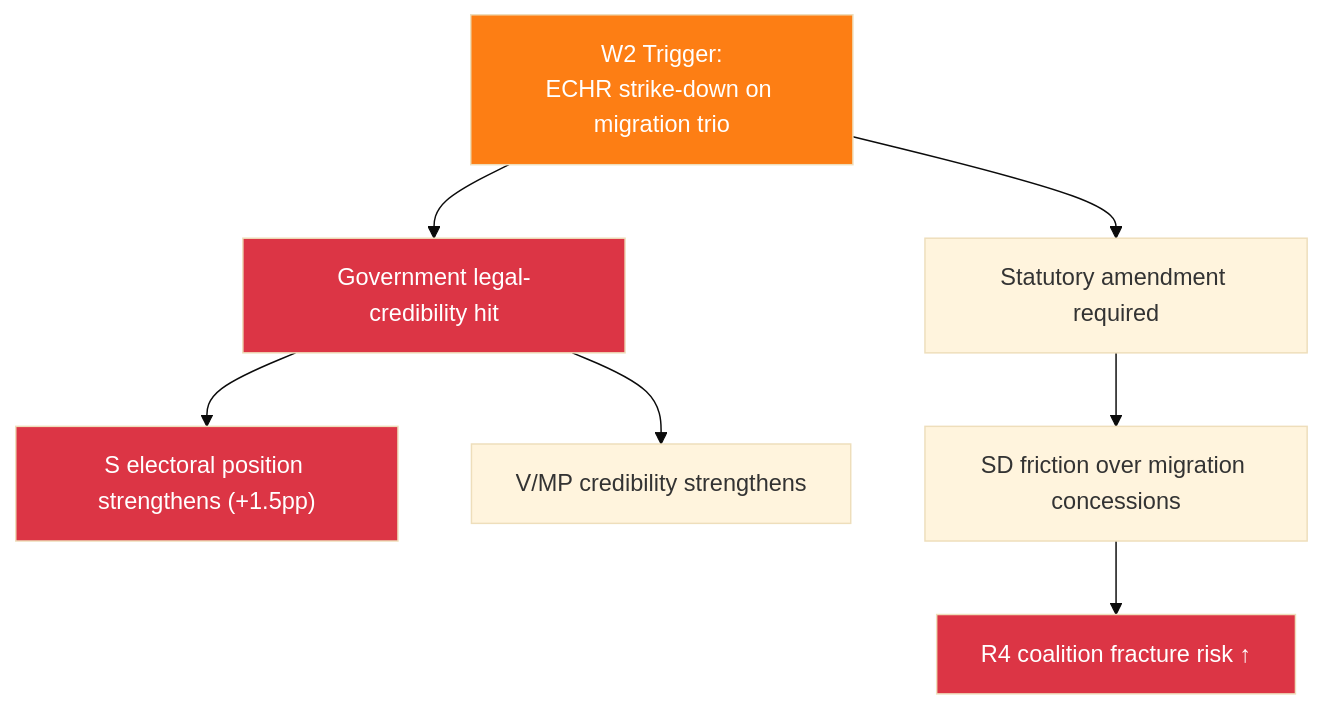
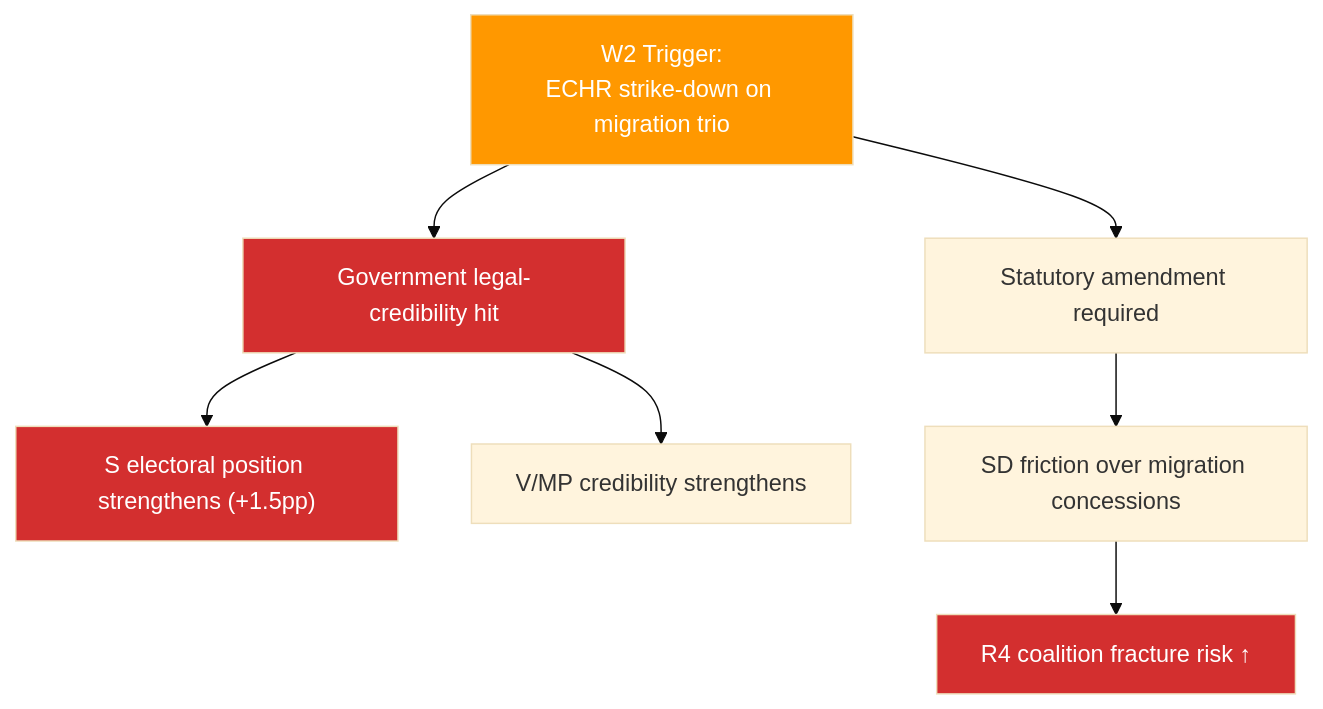
One commit to Hack23/riksdagsmonitor changed the second of 2 diagrams in analysis/daily/2026-04-18/weekly-review/scenario-analysis.md. Above: the diagram before and after it, drawn with Mermaid (base theme). The commit also changed other lines of this file and 785 other files, not shown here.

First line of the commit message:
Normalize mermaid colors across 786 analysis artifacts to ISMS Style Guide palette

````diff
--- a/analysis/daily/2026-04-18/weekly-review/scenario-analysis.md
+++ b/analysis/daily/2026-04-18/weekly-review/scenario-analysis.md
@@ -174,15 +174,15 @@
 ```mermaid
 flowchart TD
     W2["W2 Trigger:<br/>ECHR strike-down on migration trio"]
     W2 --> LEGAL["Government legal-credibility hit"]
     W2 --> AMEND["Statutory amendment required"]
     LEGAL --> S_UP["S electoral position strengthens (+1.5pp)"]
     LEGAL --> V_UP["V/MP credibility strengthens"]
     AMEND --> SD_FRICTION["SD friction over migration concessions"]
     SD_FRICTION --> R4["R4 coalition fracture risk ↑"]
     
-    style W2 fill:#fd7e14,color:#fff
-    style LEGAL fill:#dc3545,color:#fff
-    style S_UP fill:#dc3545,color:#fff
-    style R4 fill:#dc3545,color:#fff
+    style W2 fill:#FF9800,color:#FFFFFF
+    style LEGAL fill:#D32F2F,color:#FFFFFF
+    style S_UP fill:#D32F2F,color:#FFFFFF
+    style R4 fill:#D32F2F,color:#FFFFFF
 ```
````
